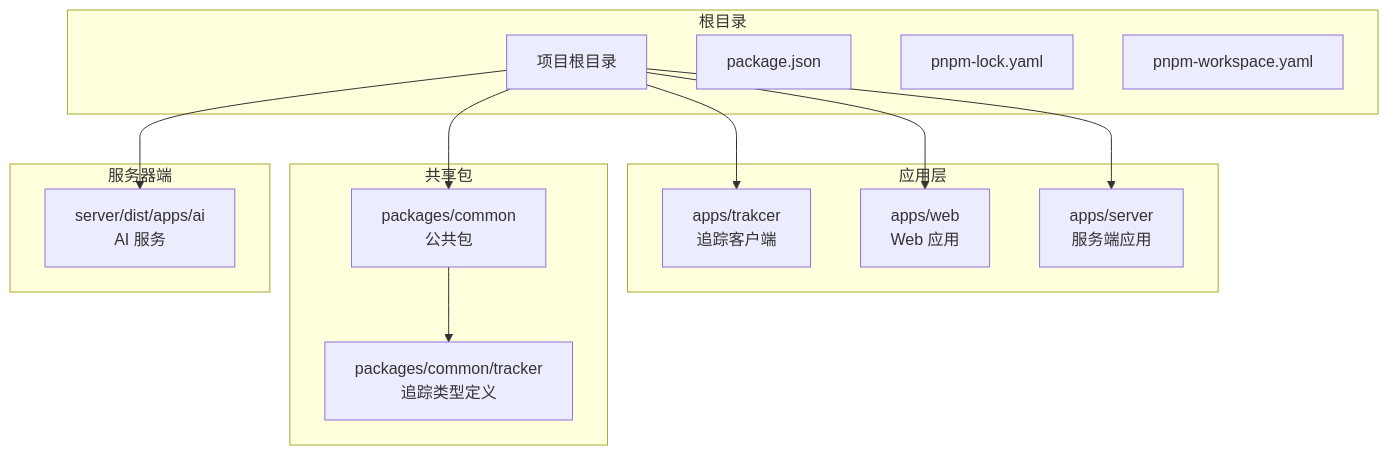
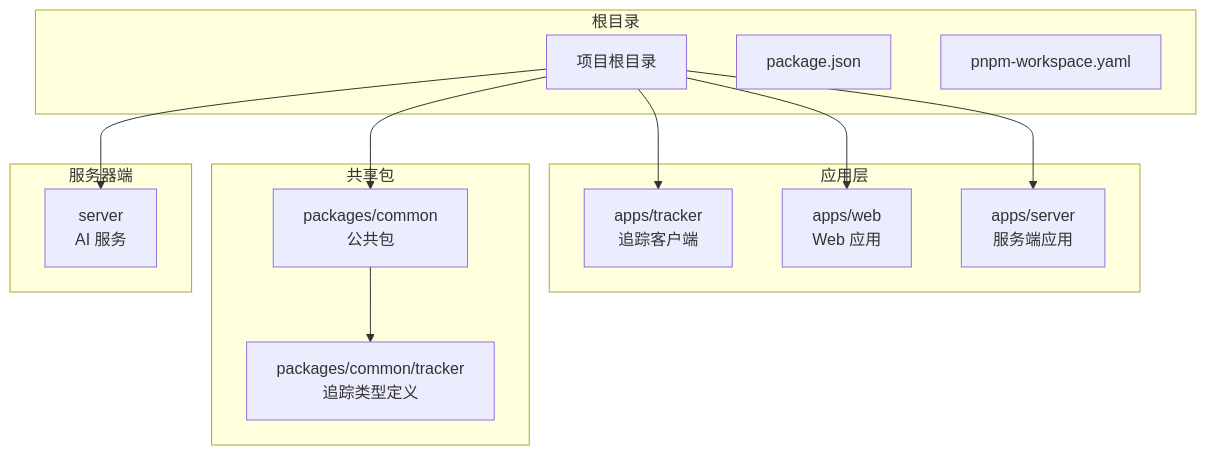
One commit to LihaoZDB/English-Study changed the first of 15 diagrams in .qoder/repowiki/zh/content/分析跟踪模块.md. Above: the diagram before and after it, drawn with Mermaid. The commit also changed other lines of this file and 5 other files, not shown here.

````diff
--- a/.qoder/repowiki/zh/content/分析跟踪模块.md
+++ b/.qoder/repowiki/zh/content/分析跟踪模块.md
@@ -35,27 +53,26 @@
 ```mermaid
 graph TB
 subgraph "根目录"
 Root[项目根目录]
 PackageJSON[package.json]
-LockFile[pnpm-lock.yaml]
 Workspace[pnpm-workspace.yaml]
 end
 subgraph "应用层"
-TrakcerApp[apps/trakcer<br/>追踪客户端]
+TrackerApp[apps/tracker<br/>追踪客户端]
 WebApp[apps/web<br/>Web 应用]
 ServerApp[apps/server<br/>服务端应用]
 end
 subgraph "共享包"
 Common[packages/common<br/>公共包]
 Tracker[packages/common/tracker<br/>追踪类型定义]
 end
 subgraph "服务器端"
-AIServer[server/dist/apps/ai<br/>AI 服务]
+AIServer[server<br/>AI 服务]
 end
-Root --> TrakcerApp
+Root --> TrackerApp
 Root --> WebApp
 Root --> ServerApp
 Root --> Common
 Common --> Tracker
 Root --> AIServer
 ```
````
